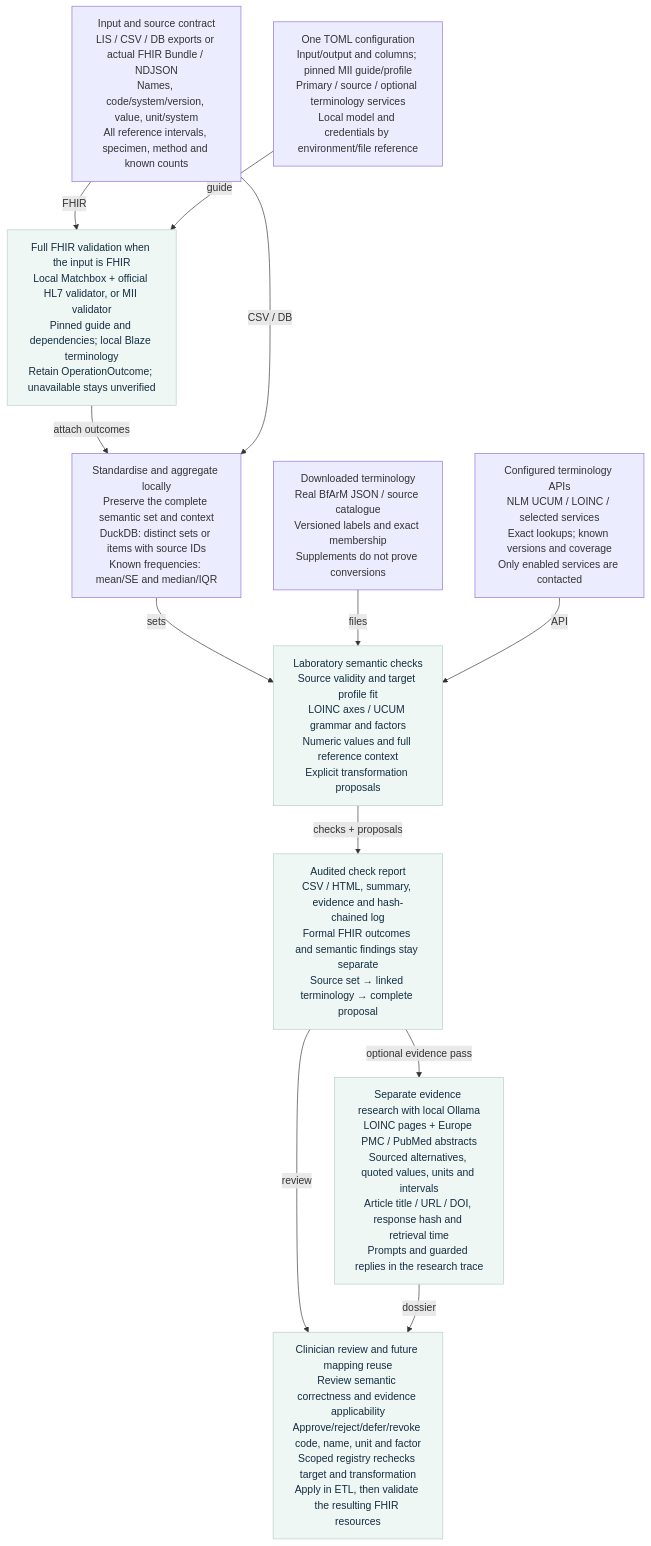
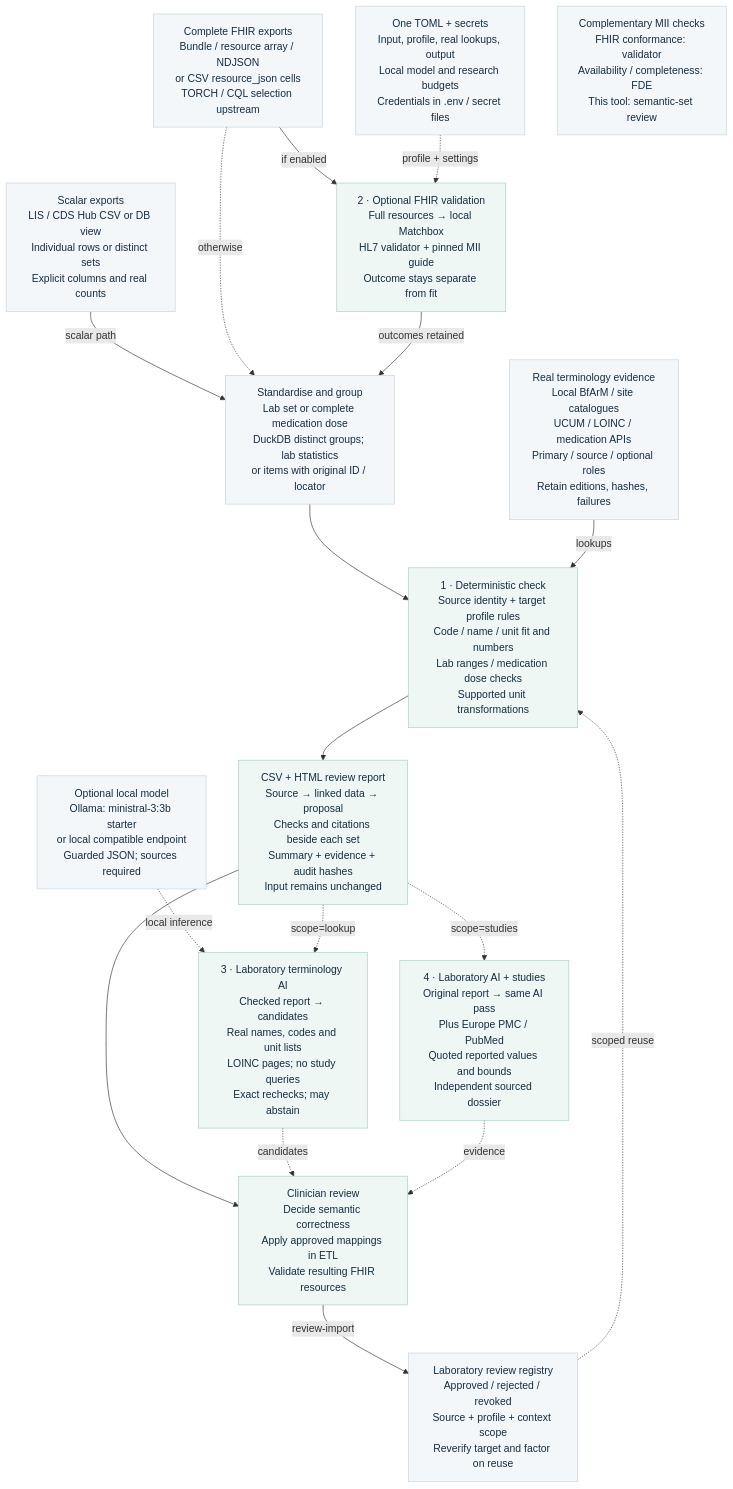
One commit to neumdan/semantic-plausibility changed the diagram in docs/architecture.mmd. Above: the diagram before and after it, drawn with Mermaid. The commit also changed 57 other files, not shown here.

```diff
--- a/docs/architecture.mmd
+++ b/docs/architecture.mmd
@@ -1,26 +1,37 @@
 %% Same node/edge contract as architecture.svg.
 flowchart TD
-    INPUT["Input and source contract<br/>LIS / CSV / DB exports or actual FHIR Bundle / NDJSON<br/>Names, code/system/version, value, unit/system<br/>All reference intervals, specimen, method and known counts"]
-    CONFIG["One TOML configuration<br/>Input/output and columns; pinned MII guide/profile<br/>Primary / source / optional terminology services<br/>Local model and credentials by environment/file reference"]
-    VALIDATE["Full FHIR validation when the input is FHIR<br/>Local Matchbox + official HL7 validator, or MII validator<br/>Pinned guide and dependencies; local Blaze terminology<br/>Retain OperationOutcome; unavailable stays unverified"]
-    GROUP["Standardise and aggregate locally<br/>Preserve the complete semantic set and context<br/>DuckDB: distinct sets or items with source IDs<br/>Known frequencies: mean/SE and median/IQR"]
-    LOCAL["Downloaded terminology<br/>Real BfArM JSON / source catalogue<br/>Versioned labels and exact membership<br/>Supplements do not prove conversions"]
-    CHECK["Laboratory semantic checks<br/>Source validity and target profile fit<br/>LOINC axes / UCUM grammar and factors<br/>Numeric values and full reference context<br/>Explicit transformation proposals"]
-    API["Configured terminology APIs<br/>NLM UCUM / LOINC / selected services<br/>Exact lookups; known versions and coverage<br/>Only enabled services are contacted"]
-    REPORT["Audited check report<br/>CSV / HTML, summary, evidence and hash-chained log<br/>Formal FHIR outcomes and semantic findings stay separate<br/>Source set → linked terminology → complete proposal"]
-    RESEARCH["Separate evidence research with local Ollama<br/>LOINC pages + Europe PMC / PubMed abstracts<br/>Sourced alternatives, quoted values, units and intervals<br/>Article title / URL / DOI, response hash and retrieval time<br/>Prompts and guarded replies in the research trace"]
-    REVIEW["Clinician review and future mapping reuse<br/>Review semantic correctness and evidence applicability<br/>Approve/reject/defer/revoke code, name, unit and factor<br/>Scoped registry rechecks target and transformation<br/>Apply in ETL, then validate the resulting FHIR resources"]
-    INPUT --> |"FHIR"| VALIDATE
-    CONFIG --> |"guide"| VALIDATE
-    VALIDATE --> |"attach outcomes"| GROUP
-    INPUT --> |"CSV / DB"| GROUP
-    GROUP --> |"sets"| CHECK
-    LOCAL --> |"files"| CHECK
-    API --> |"API"| CHECK
-    CHECK --> |"checks + proposals"| REPORT
-    REPORT --> |"optional evidence pass"| RESEARCH
-    REPORT --> |"review"| REVIEW
-    RESEARCH --> |"dossier"| REVIEW
-    classDef normal fill:#ffffff,stroke:#b7cec9,color:#142d42
-    classDef teal fill:#eef7f4,stroke:#b7cec9,color:#142d42
-    class VALIDATE,CHECK,REPORT,RESEARCH,REVIEW teal
+    SCALAR["Scalar exports<br/>LIS / CDS Hub CSV or DB view<br/>Individual rows or distinct sets<br/>Explicit columns and real counts"]
+    FHIR["Complete FHIR exports<br/>Bundle / resource array / NDJSON<br/>or CSV resource_json cells<br/>TORCH / CQL selection upstream"]
+    CONFIG["One TOML + secrets<br/>Input, profile, real lookups, output<br/>Local model and research budgets<br/>Credentials in .env / secret files"]
+    VALIDATE["2 · Optional FHIR validation<br/>Full resources → local Matchbox<br/>HL7 validator + pinned MII guide<br/>Outcome stays separate from fit"]
+    NORMAL["Standardise and group<br/>Lab set or complete medication dose<br/>DuckDB distinct groups; lab statistics<br/>or items with original ID / locator"]
+    SOURCES["Real terminology evidence<br/>Local BfArM / site catalogues<br/>UCUM / LOINC / medication APIs<br/>Primary / source / optional roles<br/>Retain editions, hashes, failures"]
+    CHECK["1 · Deterministic check<br/>Source identity + target profile rules<br/>Code / name / unit fit and numbers<br/>Lab ranges / medication dose checks<br/>Supported unit transformations"]
+    MODEL["Optional local model<br/>Ollama: ministral-3:3b starter<br/>or local compatible endpoint<br/>Guarded JSON; sources required"]
+    AI["3 · Laboratory terminology AI<br/>Checked report → candidates<br/>Real names, codes and unit lists<br/>LOINC pages; no study queries<br/>Exact rechecks; may abstain"]
+    OUTPUT["CSV + HTML review report<br/>Source → linked data → proposal<br/>Checks and citations beside each set<br/>Summary + evidence + audit hashes<br/>Input remains unchanged"]
+    STUDIES["4 · Laboratory AI + studies<br/>Original report → same AI pass<br/>Plus Europe PMC / PubMed<br/>Quoted reported values and bounds<br/>Independent sourced dossier"]
+    REGISTRY["Laboratory review registry<br/>Approved / rejected / revoked<br/>Source + profile + context scope<br/>Reverify target and factor on reuse"]
+    EXPERT["Clinician review<br/>Decide semantic correctness<br/>Apply approved mappings in ETL<br/>Validate resulting FHIR resources"]
+    MII["Complementary MII checks<br/>FHIR conformance: validator<br/>Availability / completeness: FDE<br/>This tool: semantic-set review"]
+    SCALAR --> |"scalar path"| NORMAL
+    FHIR --> |"if enabled"| VALIDATE
+    FHIR -.-> |"otherwise"| NORMAL
+    CONFIG -.-> |"profile + settings"| VALIDATE
+    VALIDATE --> |"outcomes retained"| NORMAL
+    NORMAL --> CHECK
+    SOURCES --> |"lookups"| CHECK
+    CHECK --> OUTPUT
+    MODEL -.-> |"local inference"| AI
+    OUTPUT -.-> |"scope=lookup"| AI
+    OUTPUT -.-> |"scope=studies"| STUDIES
+    OUTPUT --> EXPERT
+    AI -.-> |"candidates"| EXPERT
+    STUDIES -.-> |"evidence"| EXPERT
+    EXPERT --> |"review-import"| REGISTRY
+    REGISTRY -.-> |"scoped reuse"| CHECK
+    classDef normal fill:#f3f7fa,stroke:#c4d5df,color:#142d42
+    class SCALAR,FHIR,CONFIG,NORMAL,SOURCES,MODEL,REGISTRY,MII normal
+    classDef teal fill:#eef7f4,stroke:#a8cfc6,color:#142d42
+    class VALIDATE,CHECK,AI,OUTPUT,STUDIES,EXPERT teal
+    classDef error fill:#fcf1f3,stroke:#ecc7cf,color:#142d42
```
